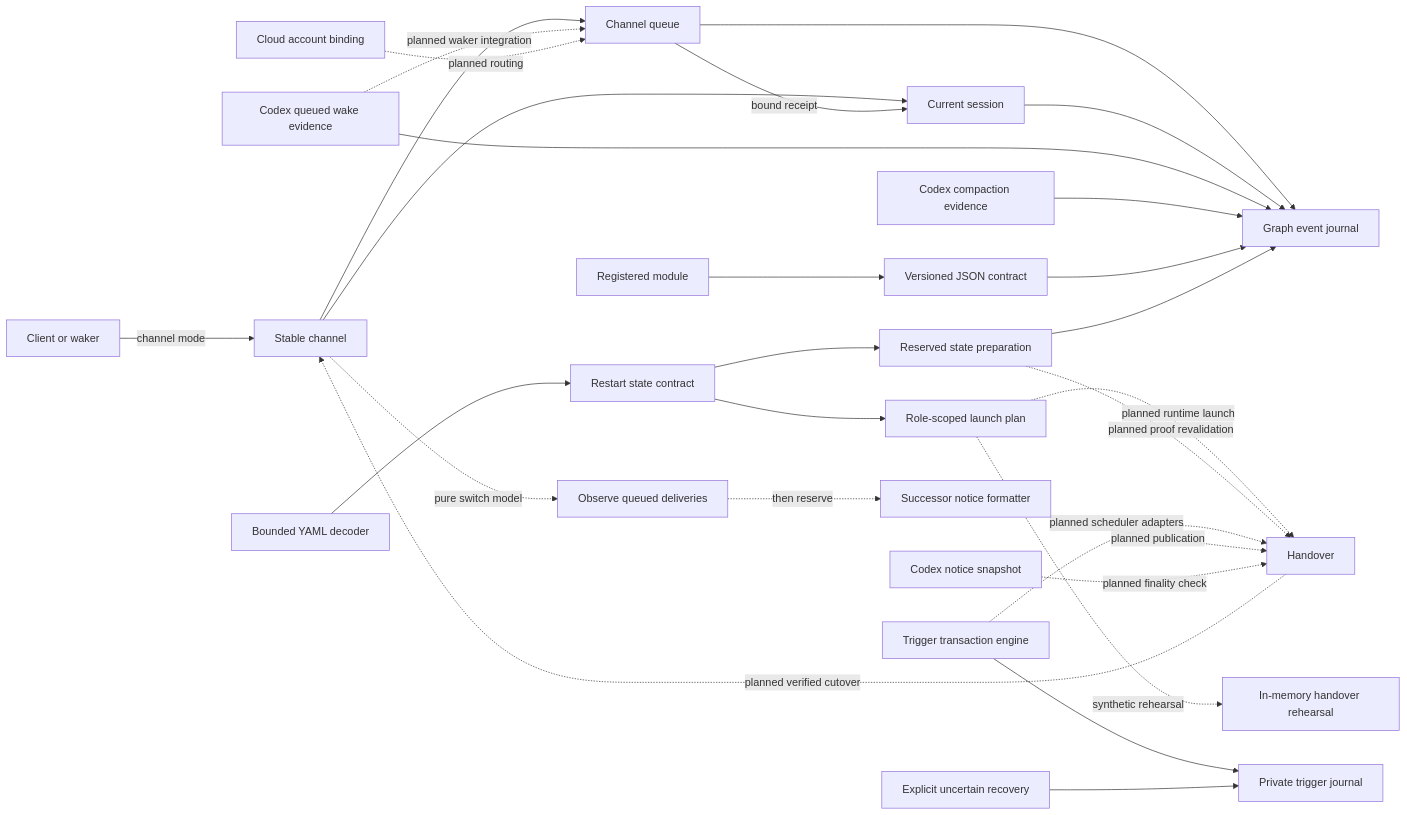
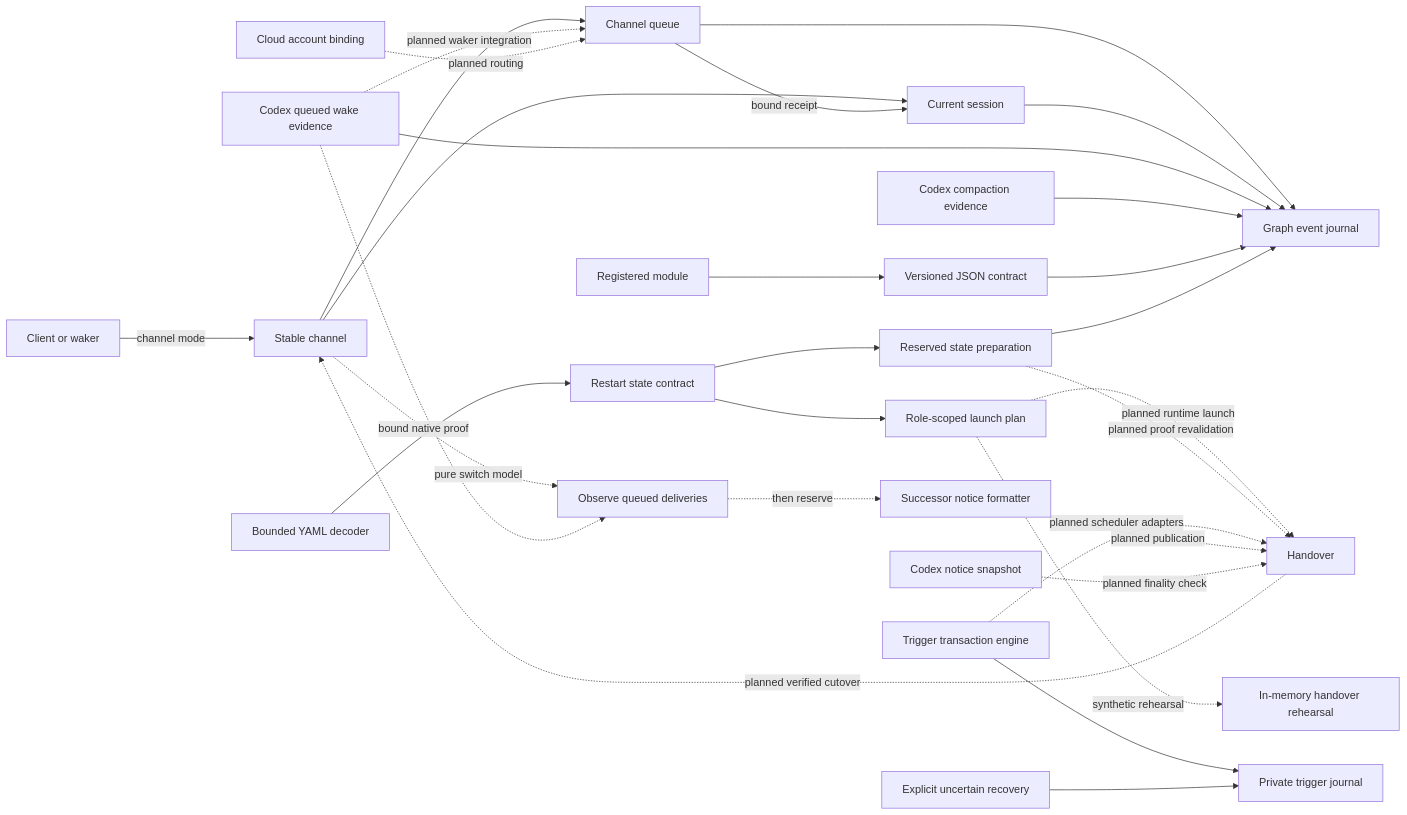
One commit to NestDevLab/agent-mesh changed the diagram in docs/design/plexus-architecture.mmd. Above: the diagram before and after it, drawn with Mermaid. The commit also changed 8 other files, not shown here.

```diff
--- a/docs/design/plexus-architecture.mmd
+++ b/docs/design/plexus-architecture.mmd
@@ -1,28 +1,29 @@
 flowchart LR
   Client["Client or waker"] -- "channel mode" --> Channel["Stable channel"]
   Channel --> Queue["Channel queue"]
   Channel --> Session["Current session"]
   Queue --> Journal["Graph event journal"]
   Session --> Journal
   Wake["Codex queued wake evidence"] --> Journal
   Wake -. "planned waker integration" .-> Queue
   Compaction["Codex compaction evidence"] --> Journal
   Module["Registered module"] --> Contract["Versioned JSON contract"]
   Contract --> Journal
   Queue -- "bound receipt" --> Session
   CloudAccount["Cloud account binding"] -. "planned routing" .-> Queue
   Yaml["Bounded YAML decoder"] --> Restart
   Restart["Restart state contract"] --> StatePrep["Reserved state preparation"]
   Restart --> RoleProfile["Role-scoped launch plan"]
   RoleProfile -. "synthetic rehearsal" .-> Rehearsal["In-memory handover rehearsal"]
   RoleProfile -. "planned runtime launch" .-> Handover
   StatePrep --> Journal
   StatePrep -. "planned proof revalidation" .-> Handover
   TriggerTxn["Trigger transaction engine"] --> TriggerJournal["Private trigger journal"]
   TriggerRecovery["Explicit uncertain recovery"] --> TriggerJournal
   TriggerTxn -. "planned scheduler adapters" .-> Handover
   Notice["Successor notice formatter"] -. "planned publication" .-> Handover
   Observation["Codex notice snapshot"] -. "planned finality check" .-> Handover
   Handover["Handover"] -. "planned verified cutover" .-> Channel
   Channel -. "pure switch model" .-> Drain["Observe queued deliveries"]
   Drain -. "then reserve" .-> Notice
+  Wake -. "bound native proof" .-> Drain
```
